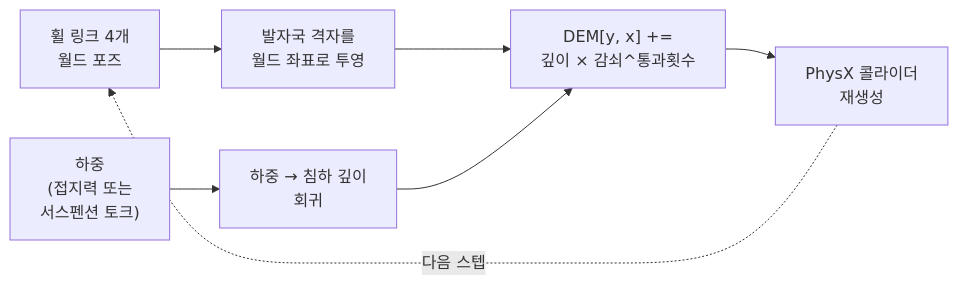
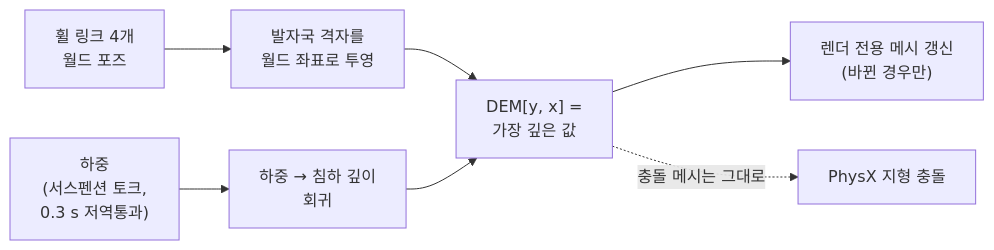
The diagram in homepage-src/docs/projects/l-project-deformation.md (parclab-hsu/parclab-hsu.github.io), drawn with Mermaid before and after one commit. The commit also changed other lines of this file and 6 other files, not shown here.

````diff
--- a/homepage-src/docs/projects/l-project-deformation.md
+++ b/homepage-src/docs/projects/l-project-deformation.md
@@ -44,9 +54,9 @@
 ``` mermaid
 flowchart LR
     A["휠 링크 4개<br/>월드 포즈"] --> C["발자국 격자를<br/>월드 좌표로 투영"]
-    B["하중<br/>(접지력 또는<br/>서스펜션 토크)"] --> D["하중 → 침하 깊이<br/>회귀"]
-    C --> E["DEM[y, x] +=<br/>깊이 × 감쇠^통과횟수"]
+    B["하중<br/>(서스펜션 토크,<br/>0.3 s 저역통과)"] --> D["하중 → 침하 깊이<br/>회귀"]
+    C --> E["DEM[y, x] =<br/>가장 깊은 값"]
     D --> E
-    E --> F["PhysX 콜라이더<br/>재생성"]
-    F -.->|"다음 스텝"| A
+    E --> F["렌더 전용 메시 갱신<br/>(바뀐 경우만)"]
+    E -.->|"충돌 메시는 그대로"| G["PhysX 지형 충돌"]
 ```
````
